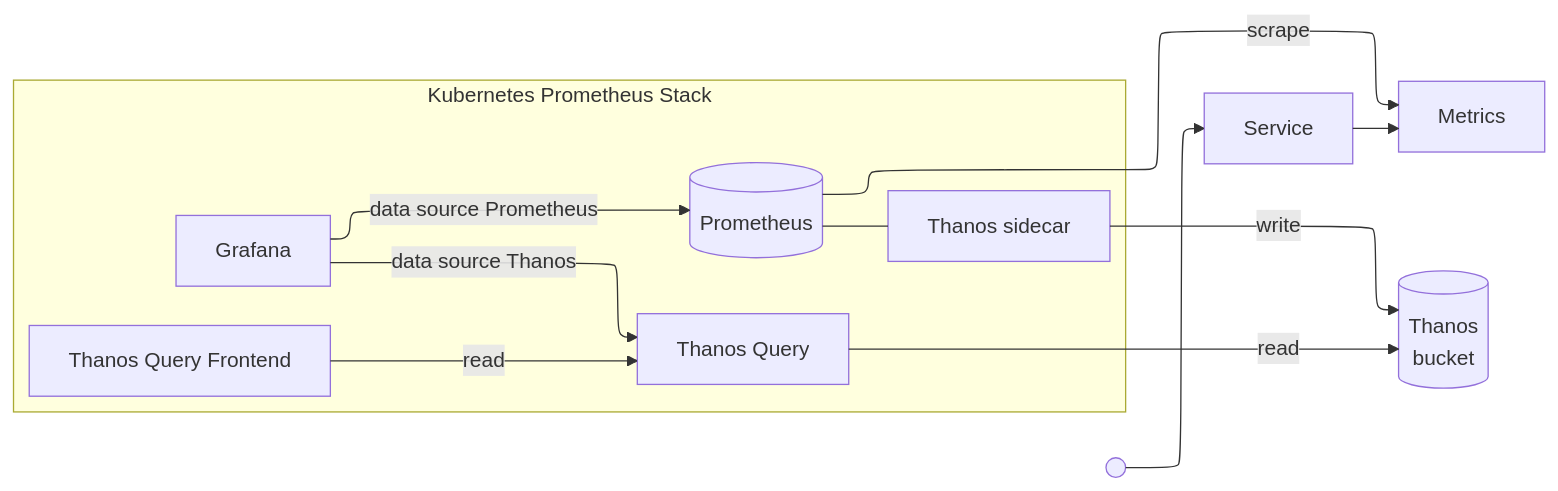
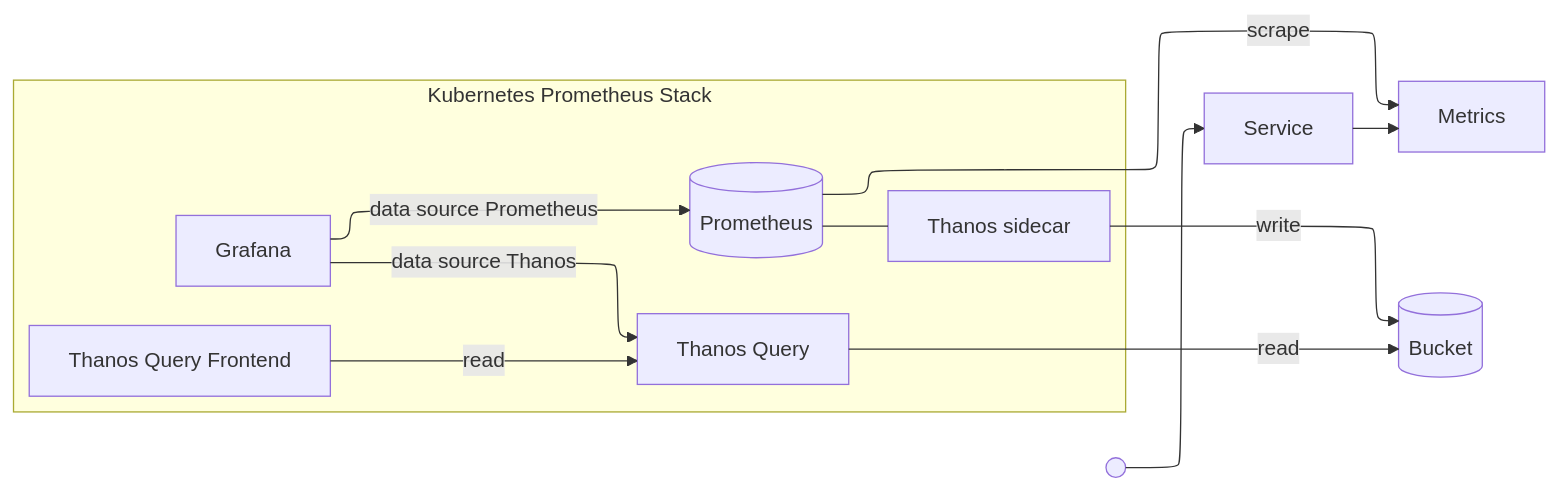
One commit to gerald1248/operator-antipattern-slides changed the diagram in mermaid/thanos.mmd. Above: the diagram before and after it, drawn with Mermaid. The commit also changed 36 other files, not shown here.

```diff
--- a/mermaid/thanos.mmd
+++ b/mermaid/thanos.mmd
@@ -1,23 +1,23 @@
 %%{init: {"flowchart": {"defaultRenderer": "elk"}} }%%
 flowchart LR
   Z(( ))
   S[Service]
   M[Metrics]
 
   subgraph "Kubernetes Prometheus Stack"
   P[(Prometheus)]
   G[Grafana]
   T[Thanos sidecar]
   Q[Thanos Query]
   F[Thanos Query Frontend]
   end
 
   Z --> S --> M
-  B[(Thanos<br/>bucket)]
+  B[(Bucket)]
   P --- T
   G -->|data source Prometheus|P
   T -->|write|B
   Q -->|read|B
   F -->|read|Q
   G -->|data source Thanos|Q
   P -->|scrape|M
```
